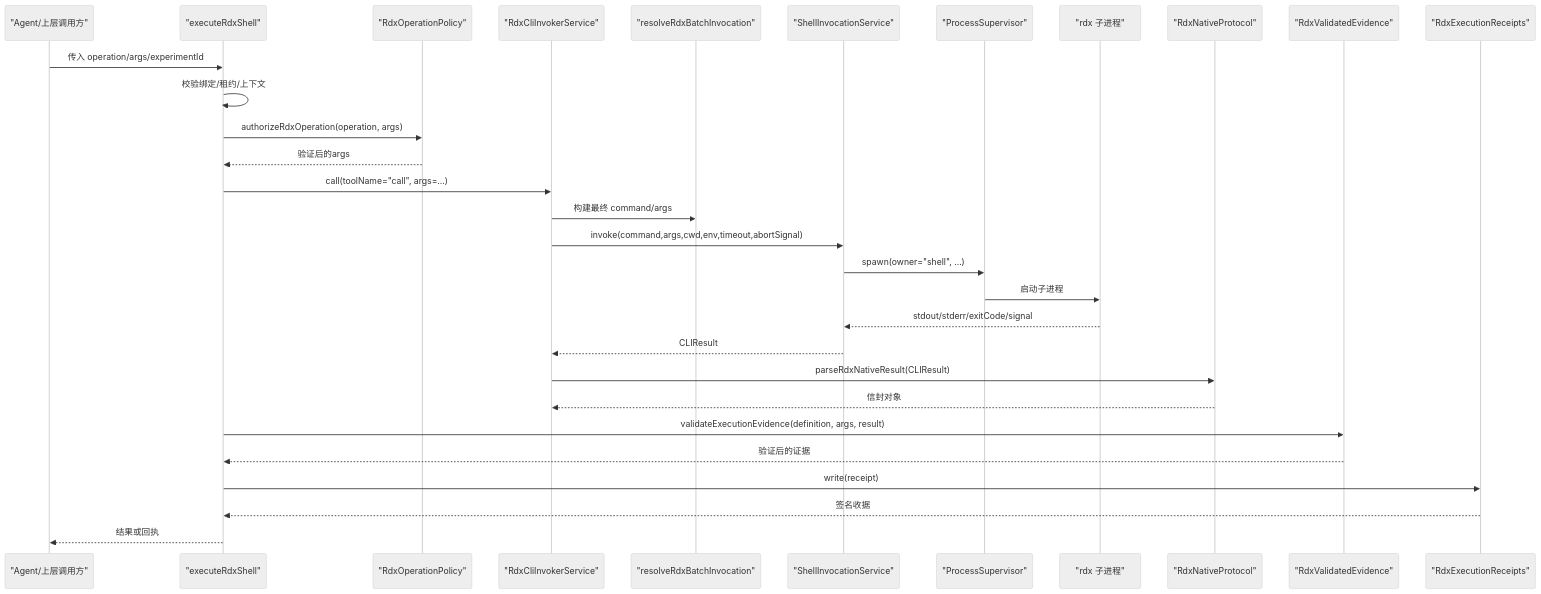
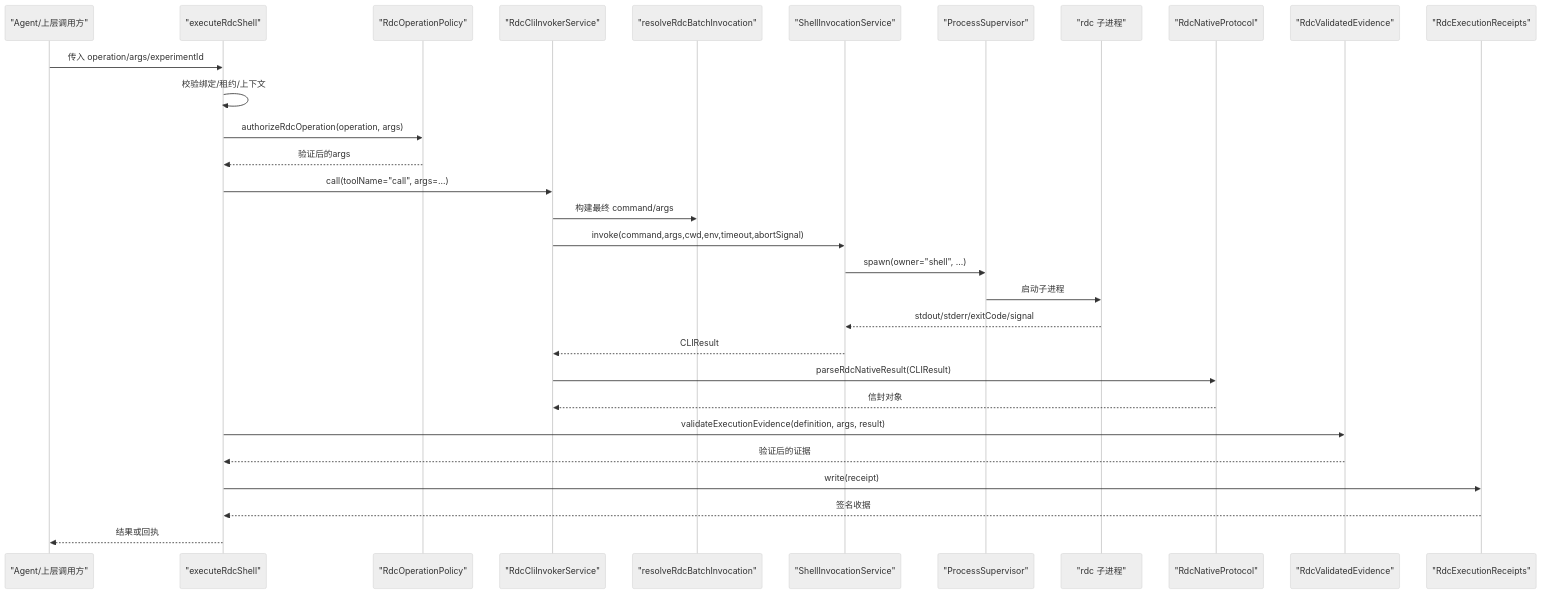
The second of 6 diagrams in .qoder/repowiki/zh/content/架构设计/核心组件设计/CLI调用器设计/CLI调用器设计.md (haolange/RDC-Agent), drawn with Mermaid (neutral theme) before and after one commit. The commit also changed other lines of this file and 557 other files, not shown here.

````diff
--- a/.qoder/repowiki/zh/content/架构设计/核心组件设计/CLI调用器设计/CLI调用器设计.md
+++ b/.qoder/repowiki/zh/content/架构设计/核心组件设计/CLI调用器设计/CLI调用器设计.md
@@ -134,32 +134,32 @@
 ```mermaid
 sequenceDiagram
 participant Agent as "Agent/上层调用方"
-participant Exec as "executeRdxShell"
-participant Policy as "RdxOperationPolicy"
-participant Invoker as "RdxCliInvokerService"
-participant Resolver as "resolveRdxBatchInvocation"
+participant Exec as "executeRdcShell"
+participant Policy as "RdcOperationPolicy"
+participant Invoker as "RdcCliInvokerService"
+participant Resolver as "resolveRdcBatchInvocation"
 participant Shell as "ShellInvocationService"
 participant Proc as "ProcessSupervisor"
-participant Native as "rdx 子进程"
-participant Proto as "RdxNativeProtocol"
-participant Evidence as "RdxValidatedEvidence"
-participant Receipt as "RdxExecutionReceipts"
+participant Native as "rdc 子进程"
+participant Proto as "RdcNativeProtocol"
+participant Evidence as "RdcValidatedEvidence"
+participant Receipt as "RdcExecutionReceipts"
 Agent->>Exec : 传入 operation/args/experimentId
 Exec->>Exec : 校验绑定/租约/上下文
-Exec->>Policy : authorizeRdxOperation(operation, args)
+Exec->>Policy : authorizeRdcOperation(operation, args)
 Policy-->>Exec : 验证后的args
 Exec->>Invoker : call(toolName="call", args=...)
 Invoker->>Resolver : 构建最终 command/args
 Invoker->>Shell : invoke(command,args,cwd,env,timeout,abortSignal)
 Shell->>Proc : spawn(owner="shell", ...)
 Proc->>Native : 启动子进程
 Native-->>Shell : stdout/stderr/exitCode/signal
 Shell-->>Invoker : CLIResult
-Invoker->>Proto : parseRdxNativeResult(CLIResult)
+Invoker->>Proto : parseRdcNativeResult(CLIResult)
 Proto-->>Invoker : 信封对象
 Exec->>Evidence : validateExecutionEvidence(definition, args, result)
 Evidence-->>Exec : 验证后的证据
 Exec->>Receipt : write(receipt)
 Receipt-->>Exec : 签名收据
 Exec-->>Agent : 结果或回执
 ```
````
